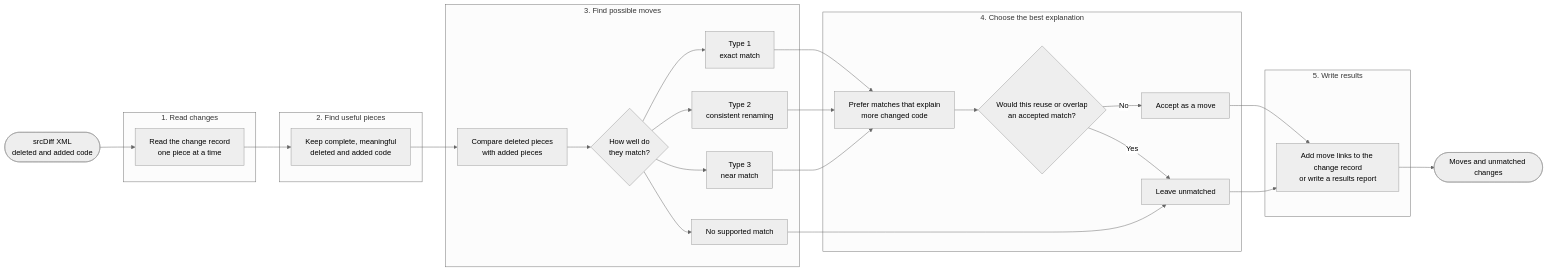
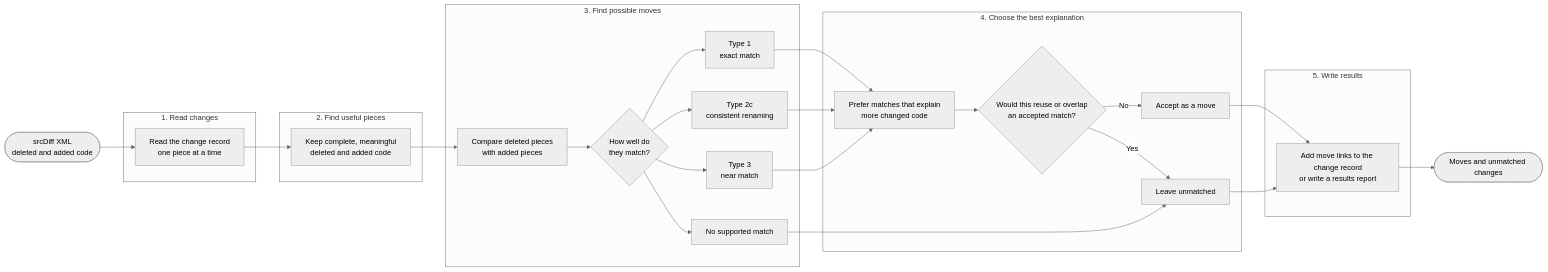
Before and after one commit to NickStafford2/srcMove: the first of 2 diagrams in doc/diagrams/pipeline_diagram.md, drawn with Mermaid (neutral theme). The commit also changed other lines of this file and 33 other files, not shown here.

````diff
--- a/doc/diagrams/pipeline_diagram.md
+++ b/doc/diagrams/pipeline_diagram.md
@@ -16,49 +16,49 @@
 ```mermaid
 flowchart LR
     input([srcDiff XML<br/>deleted and added code])
 
     subgraph p1 [1. Read changes]
         read[Read the change record<br/>one piece at a time]
     end
 
     subgraph p2 [2. Find useful pieces]
         find[Keep complete, meaningful<br/>deleted and added code]
     end
 
     subgraph p3 [3. Find possible moves]
         compare[Compare deleted pieces<br/>with added pieces]
         classify{How well do<br/>they match?}
         exact[Type 1<br/>exact match]
-        renamed[Type 2<br/>consistent renaming]
+        renamed[Type 2c<br/>consistent renaming]
         similar[Type 3<br/>near match]
         none[No supported match]
         compare --> classify
         classify --> exact
         classify --> renamed
         classify --> similar
         classify --> none
     end
 
     subgraph p4 [4. Choose the best explanation]
         choose[Prefer matches that explain<br/>more changed code]
         overlap{Would this reuse or overlap<br/>an accepted match?}
         accept[Accept as a move]
         reject[Leave unmatched]
         choose --> overlap
         overlap -- No --> accept
         overlap -- Yes --> reject
     end
 
     subgraph p5 [5. Write results]
         write[Add move links to the change record<br/>or write a results report]
     end
 
     input --> read --> find --> compare
     exact --> choose
     renamed --> choose
     similar --> choose
     none --> reject
     accept --> write
     reject --> write
     write --> output([Moves and unmatched changes])
 ```
````
